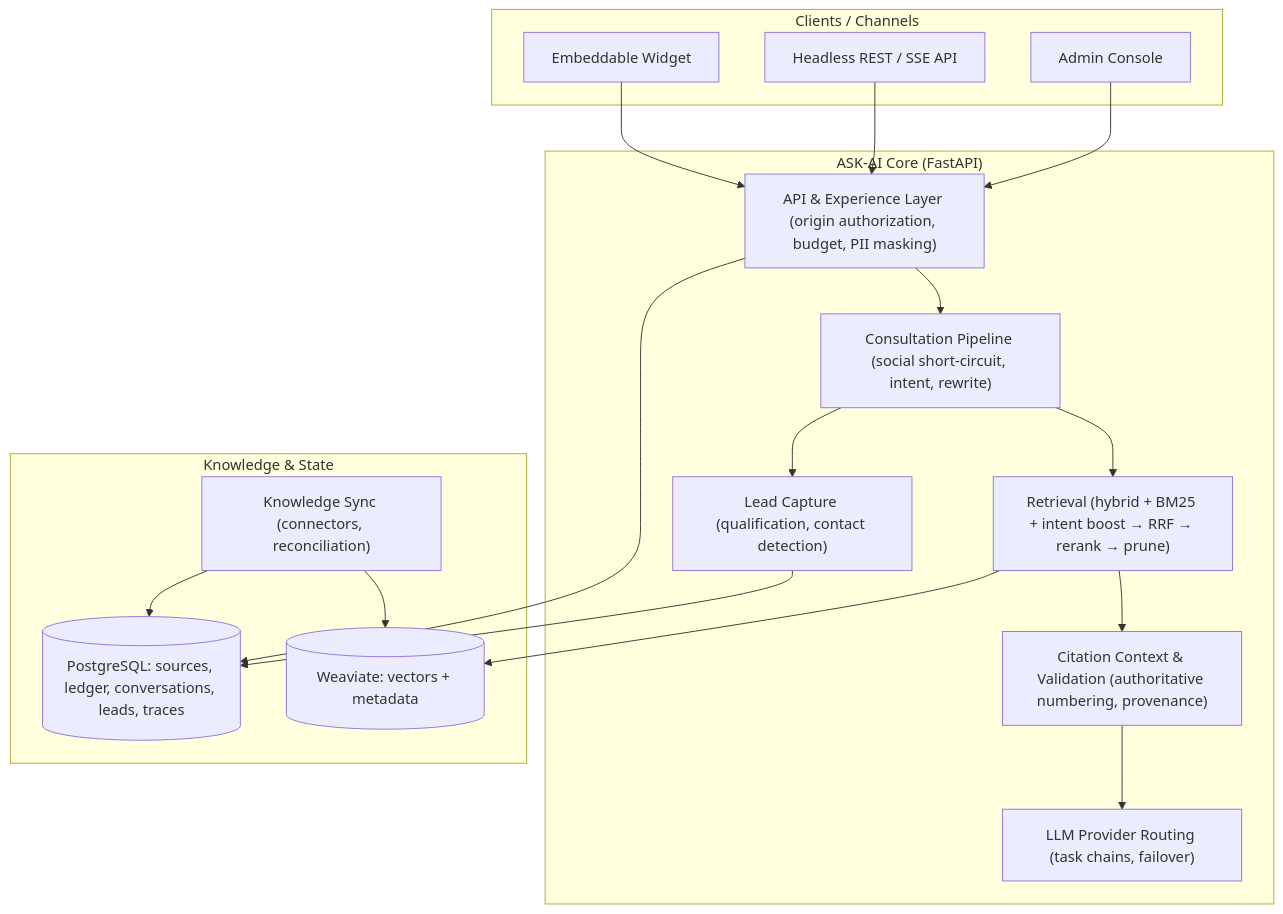
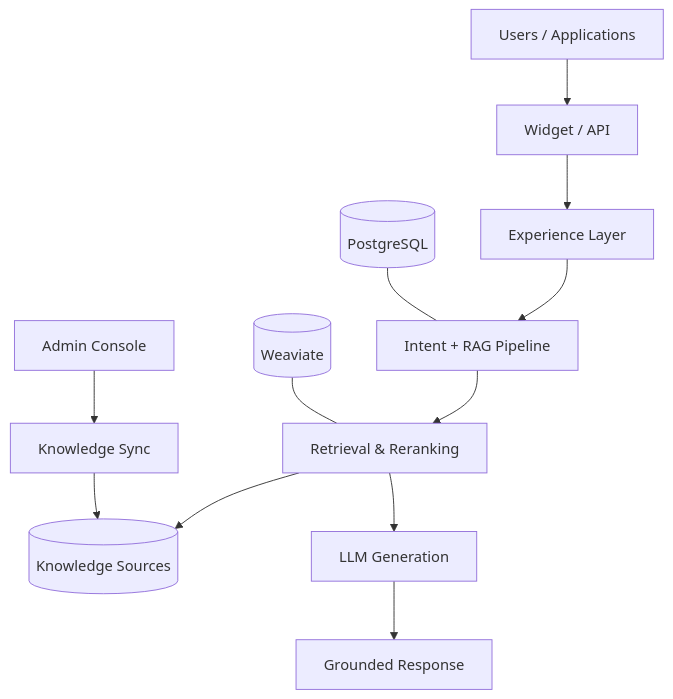
Before and after one commit to harryhua-ai/ask-ai: the diagram in README.md, drawn with Mermaid. The commit also changed other lines of this file and 1 other file, not shown here.

````diff
--- a/README.md
+++ b/README.md
@@ -35,31 +55,15 @@
 ```mermaid
-flowchart TB
-    subgraph Clients["Clients / Channels"]
-        W["Embeddable Widget"]
-        H["Headless REST / SSE API"]
-        A["Admin Console"]
-    end
-    subgraph Core["ASK-AI Core (FastAPI)"]
-        API["API & Experience Layer (origin authorization, budget, PII masking)"]
-        P["Consultation Pipeline (social short-circuit, intent, rewrite)"]
-        R["Retrieval (hybrid + BM25 + intent boost → RRF → rerank → prune)"]
-        C["Citation Context & Validation (authoritative numbering, provenance)"]
-        L["LLM Provider Routing (task chains, failover)"]
-        LE["Lead Capture (qualification, contact detection)"]
-    end
-    subgraph Data["Knowledge & State"]
-        PG[("PostgreSQL: sources, ledger, conversations, leads, traces")]
-        WV[("Weaviate: vectors + metadata")]
-        SYNC["Knowledge Sync (connectors, reconciliation)"]
-    end
-    W --> API
-    H --> API
-    A --> API
-    API --> P --> R --> C --> L
-    P --> LE
-    R --> WV
-    SYNC --> PG
-    SYNC --> WV
-    API --> PG
-    LE --> PG
+flowchart TD
+    U["Users / Applications"] --> W["Widget / API"]
+    W --> E["Experience Layer"]
+    E --> P["Intent + RAG Pipeline"]
+    P --> R["Retrieval & Reranking"]
+    R --> K[("Knowledge Sources")]
+    R --> G["LLM Generation"]
+    G --> O["Grounded Response"]
+
+    A["Admin Console"] --> S["Knowledge Sync"]
+    S --> K
+    D[("PostgreSQL")] --- P
+    V[("Weaviate")] --- R
 ```
````
